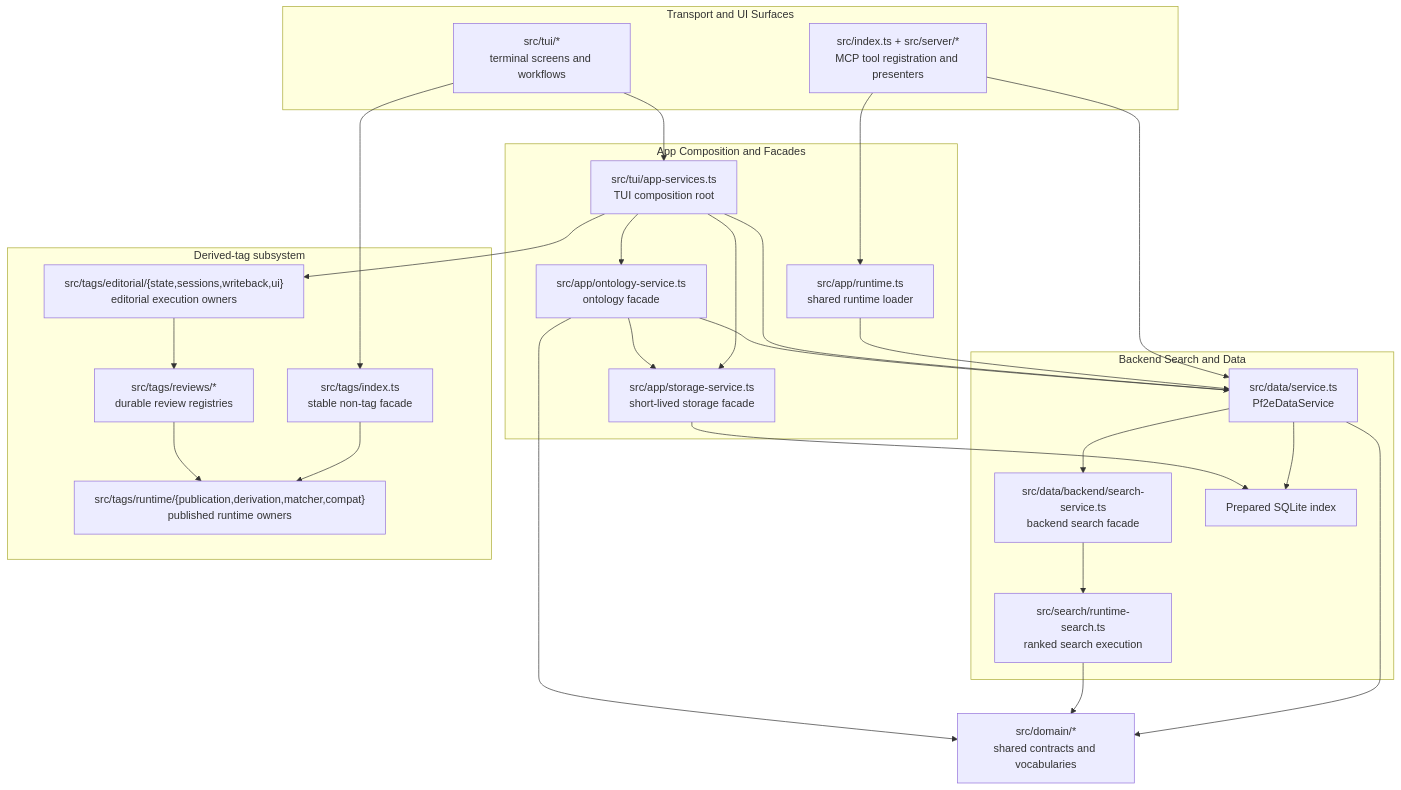
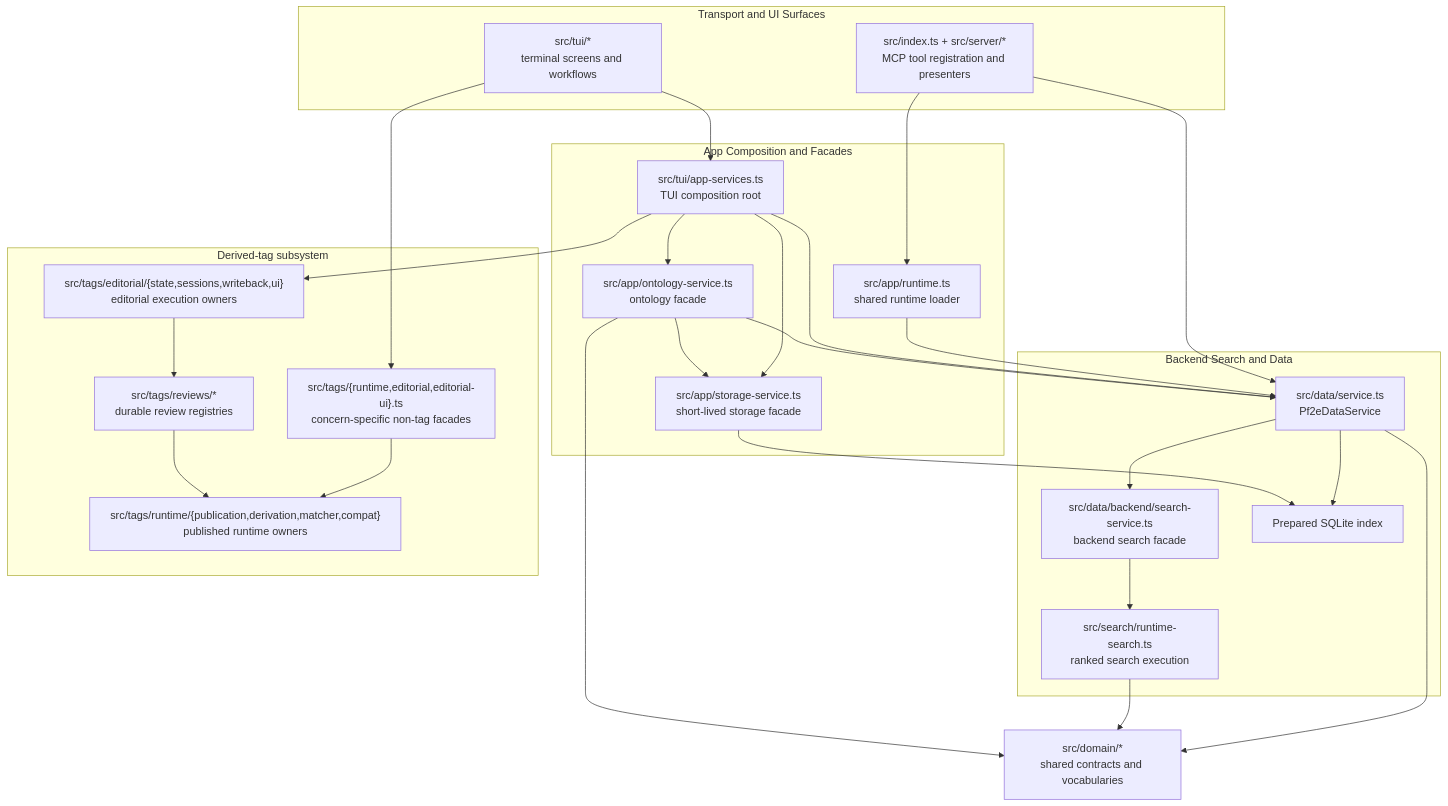
The diagram in docs/architecture/boundaries.md (e-kosten/pf2e-atlas), drawn with Mermaid before and after one commit. The commit also changed other lines of this file and 189 other files, not shown here.

First line of the commit message:
refactor(architecture): centralize search filters and split facades

````diff
--- a/docs/architecture/boundaries.md
+++ b/docs/architecture/boundaries.md
@@ -11,56 +11,56 @@
 ```mermaid
 flowchart TD
   subgraph Surfaces["Transport and UI Surfaces"]
     MCP["src/index.ts + src/server/*<br/>MCP tool registration and presenters"]
     TUI["src/tui/*<br/>terminal screens and workflows"]
   end
 
   subgraph App["App Composition and Facades"]
     Runtime["src/app/runtime.ts<br/>shared runtime loader"]
     AppServices["src/tui/app-services.ts<br/>TUI composition root"]
     Ontology["src/app/ontology-service.ts<br/>ontology facade"]
     Storage["src/app/storage-service.ts<br/>short-lived storage facade"]
   end
 
   subgraph Backend["Backend Search and Data"]
     Data["src/data/service.ts<br/>Pf2eDataService"]
     SearchBackend["src/data/backend/search-service.ts<br/>backend search facade"]
     RuntimeSearch["src/search/runtime-search.ts<br/>ranked search execution"]
     Sqlite["Prepared SQLite index"]
   end
 
   Domain["src/domain/*<br/>shared contracts and vocabularies"]
   subgraph Tags["Derived-tag subsystem"]
-    TagsFacade["src/tags/index.ts<br/>stable non-tag facade"]
+    TagsFacade["src/tags/{runtime,editorial,editorial-ui}.ts<br/>concern-specific non-tag facades"]
     TagsReviews["src/tags/reviews/*<br/>durable review registries"]
     TagsRuntime["src/tags/runtime/{publication,derivation,matcher,compat}<br/>published runtime owners"]
     TagsEditorial["src/tags/editorial/{state,sessions,writeback,ui}<br/>editorial execution owners"]
   end
 
   MCP --> Runtime
   Runtime --> Data
   MCP --> Data
 
   TUI --> AppServices
   AppServices --> Data
   AppServices --> Storage
   AppServices --> Ontology
   AppServices --> TagsEditorial
 
   Ontology --> Data
   Ontology --> Storage
 
   Data --> SearchBackend
   SearchBackend --> RuntimeSearch
   Data --> Sqlite
   Storage --> Sqlite
 
   Data --> Domain
   RuntimeSearch --> Domain
   Ontology --> Domain
 
   TUI --> TagsFacade
   TagsFacade --> TagsRuntime
   TagsReviews --> TagsRuntime
   TagsEditorial --> TagsReviews
 ```
````
